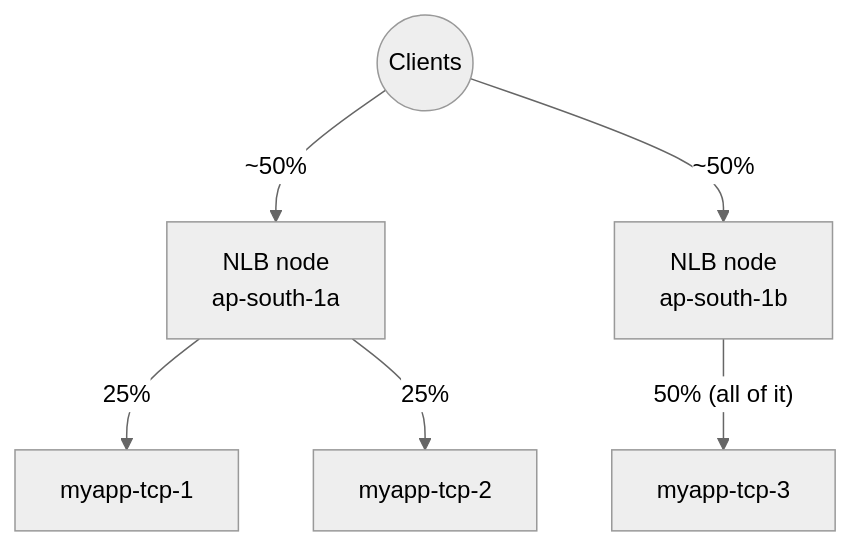
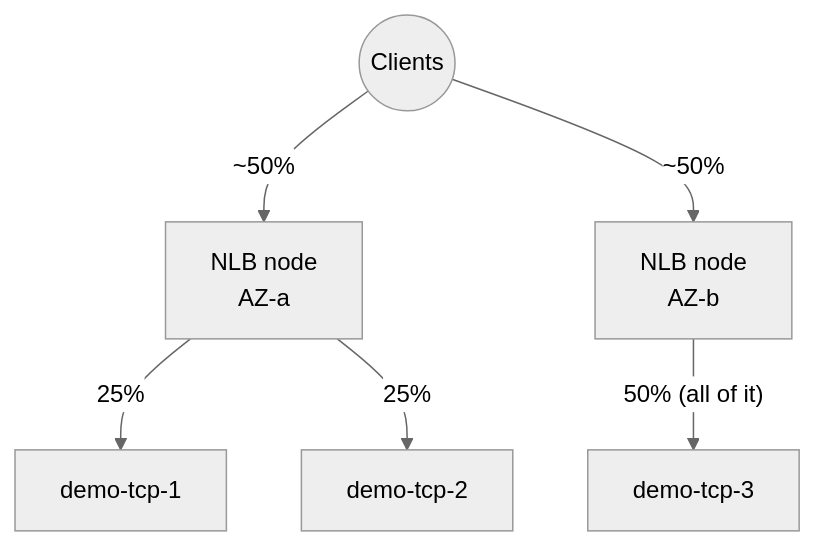
One commit to msdeepak052/AWS_Imp_Concepts changed the first of 2 diagrams in EC2/LoadBalancer/11-Cross-Zone-Load-Balancing-HandsOn.md. Above: the diagram before and after it, drawn with Mermaid (neutral theme). The commit also changed other lines of this file and 66 other files, not shown here.

````diff
--- a/EC2/LoadBalancer/11-Cross-Zone-Load-Balancing-HandsOn.md
+++ b/EC2/LoadBalancer/11-Cross-Zone-Load-Balancing-HandsOn.md
@@ -46,9 +46,9 @@
 ```mermaid
 flowchart TD
-    C(("Clients")) -->|"~50%"| NA["NLB node<br/>ap-south-1a"]
-    C -->|"~50%"| NB["NLB node<br/>ap-south-1b"]
+    C(("Clients")) -->|"~50%"| NA["NLB node<br/>AZ-a"]
+    C -->|"~50%"| NB["NLB node<br/>AZ-b"]
 
-    NA -->|"25%"| T1["myapp-tcp-1"]
-    NA -->|"25%"| T2["myapp-tcp-2"]
-    NB -->|"50% (all of it)"| T3["myapp-tcp-3"]
+    NA -->|"25%"| T1["demo-tcp-1"]
+    NA -->|"25%"| T2["demo-tcp-2"]
+    NB -->|"50% (all of it)"| T3["demo-tcp-3"]
 ```
````
